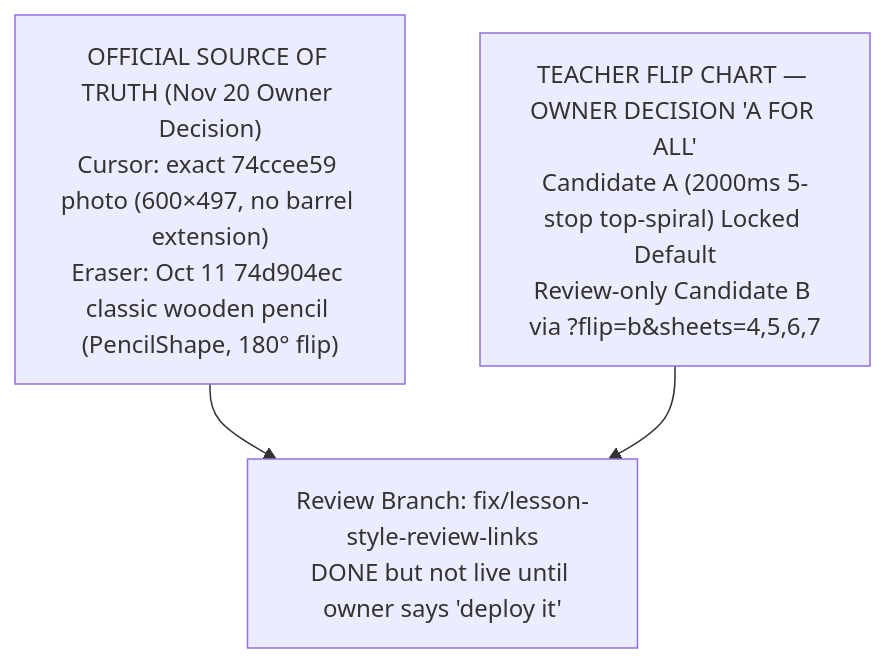
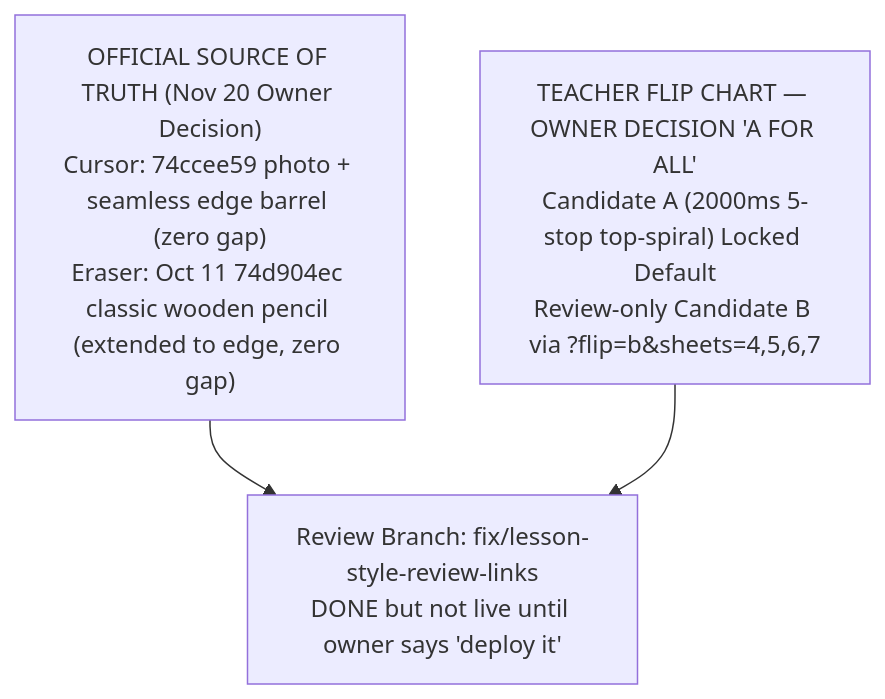
The diagram in docs/OWNER-VISUAL-STATUS.md (ejnburrows-rgb/cartilla-de-gretel), drawn with Mermaid before and after one commit. The commit also changed other lines of this file and 10 other files, not shown here.

Commit message:
fix(pencil): extend approved photo cursor and classic wooden eraser to page edges with zero gap

````diff
--- a/docs/OWNER-VISUAL-STATUS.md
+++ b/docs/OWNER-VISUAL-STATUS.md
@@ -17,9 +17,9 @@
 ```mermaid
 flowchart TD
-    SPEC["OFFICIAL SOURCE OF TRUTH (Nov 20 Owner Decision)<br/>Cursor: exact 74ccee59 photo (600×497, no barrel extension)<br/>Eraser: Oct 11 74d904ec classic wooden pencil (PencilShape, 180° flip)"]
+    SPEC["OFFICIAL SOURCE OF TRUTH (Nov 20 Owner Decision)<br/>Cursor: 74ccee59 photo + seamless edge barrel (zero gap)<br/>Eraser: Oct 11 74d904ec classic wooden pencil (extended to edge, zero gap)"]
     FC["TEACHER FLIP CHART — OWNER DECISION 'A FOR ALL'<br/>Candidate A (2000ms 5-stop top-spiral) Locked Default<br/>Review-only Candidate B via ?flip=b&sheets=4,5,6,7"]
     MAIN["Review Branch: fix/lesson-style-review-links<br/>DONE but not live until owner says 'deploy it'"]
 
     SPEC --> MAIN
     FC --> MAIN
 ```
````
